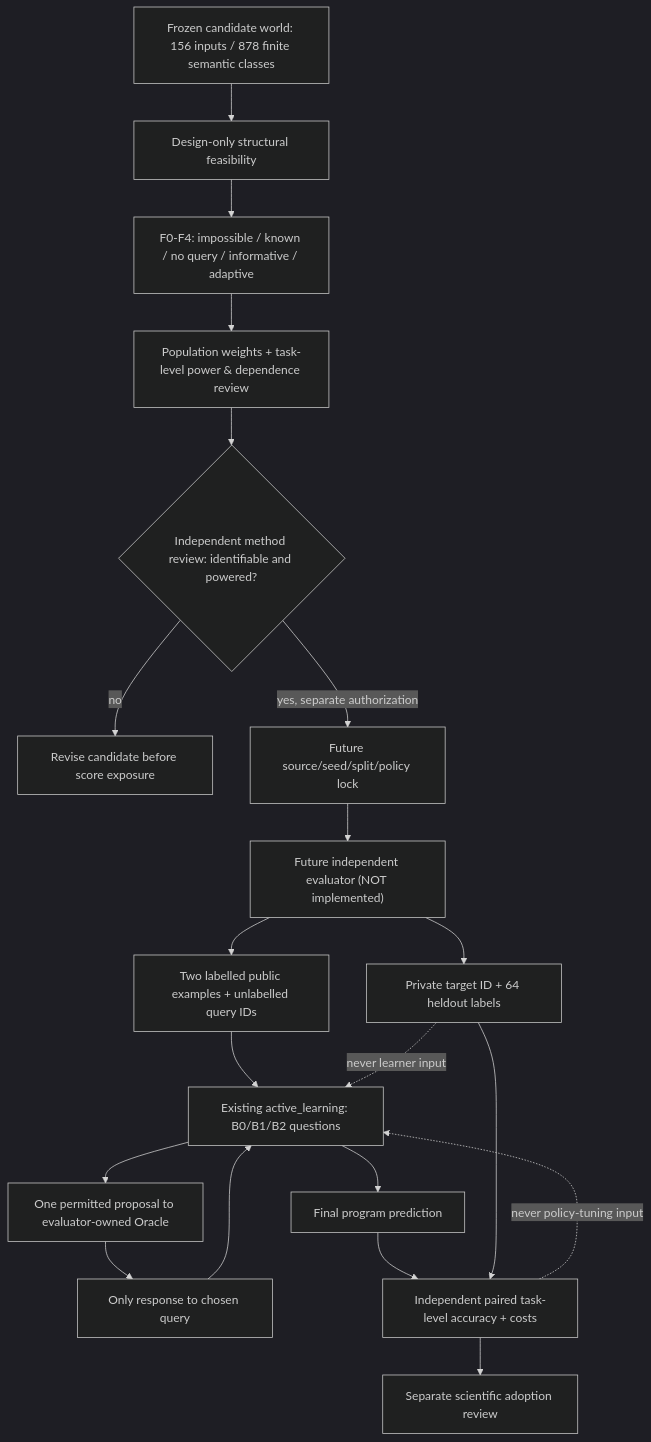
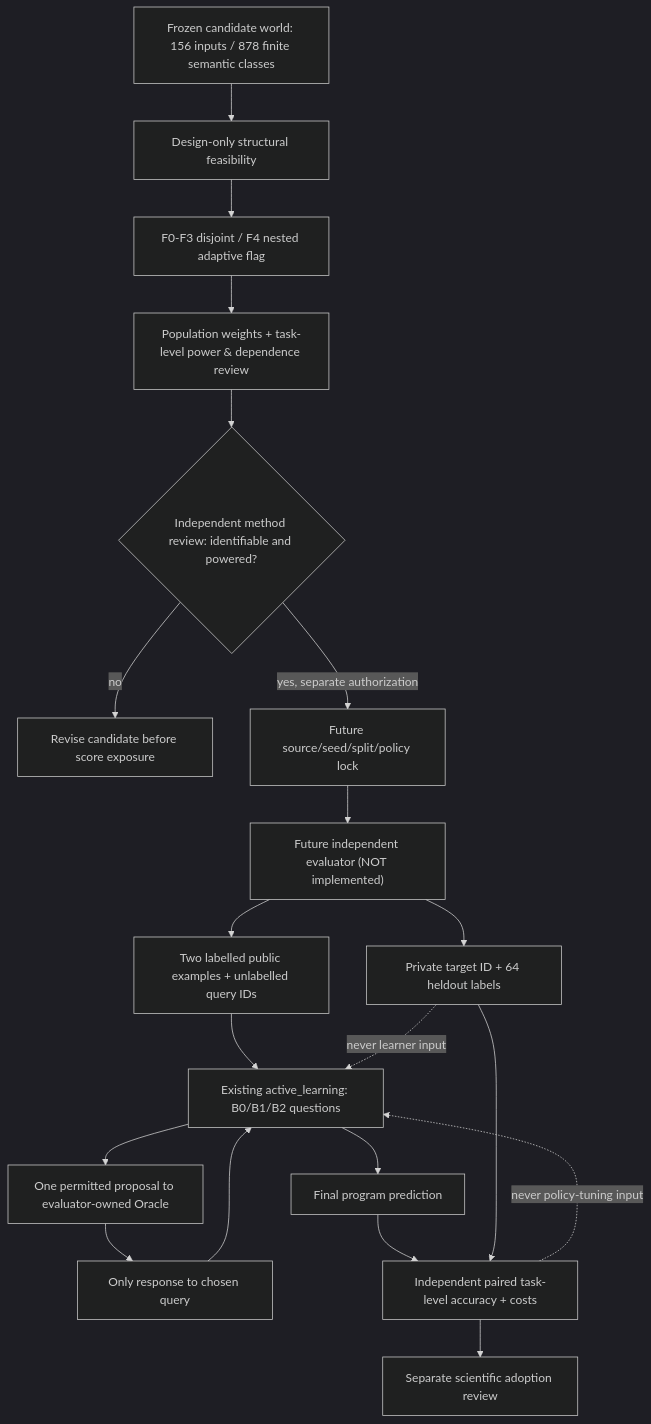
Before and after one commit to ryonakayama234/DekaSugi: diagram 52 of 52 in docs/architecture/system.md, drawn with Mermaid (dark theme). The commit also changed other lines of this file, not shown here.

Commit message:
docs(ACTIVE-001): distinguish disjoint feasibility categories from nested adaptive flag

```diff
--- a/docs/architecture/system.md
+++ b/docs/architecture/system.md
@@ -970,22 +970,22 @@
 ~~~mermaid
 flowchart TB
     WORLD["Frozen candidate world: 156 inputs / 878 finite semantic classes"] --> STUDY["Design-only structural feasibility"]
-    STUDY --> STRATA["F0-F4: impossible / known / no query / informative / adaptive"]
+    STUDY --> STRATA["F0-F3 disjoint / F4 nested adaptive flag"]
     STRATA --> POWER["Population weights + task-level power & dependence review"]
     POWER --> GATE{"Independent method review: identifiable and powered?"}
     GATE -->|no| REWORK["Revise candidate before score exposure"]
     GATE -->|yes, separate authorization| FREEZE["Future source/seed/split/policy lock"]
     FREEZE --> EVAL["Future independent evaluator (NOT implemented)"]
     EVAL --> PUBLIC["Two labelled public examples + unlabelled query IDs"]
     PUBLIC --> QUERY["Existing active_learning: B0/B1/B2 questions"]
     QUERY --> ASK["One permitted proposal to evaluator-owned Oracle"]
     ASK --> RESPONSE["Only response to chosen query"]
     RESPONSE --> QUERY
     EVAL --> HELD["Private target ID + 64 heldout labels"]
     QUERY --> FINAL["Final program prediction"]
     FINAL --> SCORE["Independent paired task-level accuracy + costs"]
     HELD --> SCORE
     SCORE --> REVIEW["Separate scientific adoption review"]
     HELD -.->|never learner input| QUERY
     SCORE -.->|never policy-tuning input| QUERY
 ~~~
```
